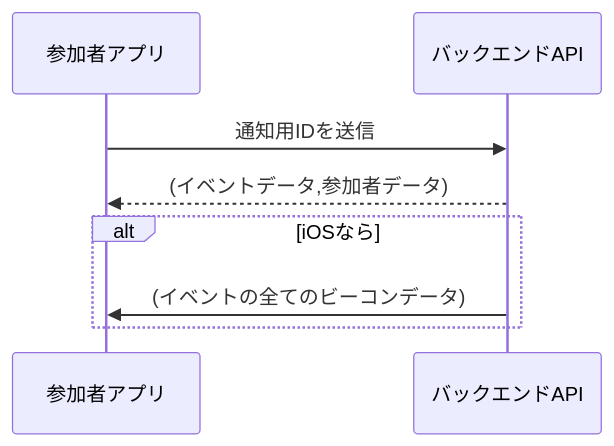
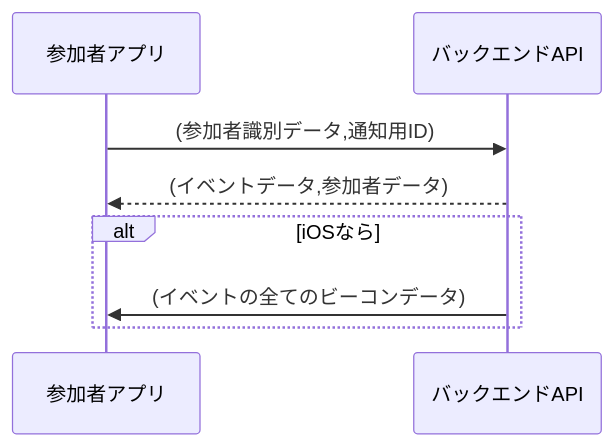
One commit to after-school-garbage-squad/repaint-architecture changed the second of 9 diagrams in docs/sequence/mobile.md. Above: the diagram before and after it, drawn with Mermaid. The commit also changed 1 other file, not shown here.

````diff
--- a/docs/sequence/mobile.md
+++ b/docs/sequence/mobile.md
@@ -21,11 +21,11 @@
 ```mermaid
 sequenceDiagram
     participant app as 参加者アプリ
     participant back as バックエンドAPI
-    app ->> back: 通知用IDを送信
+    app ->> back: (参加者識別データ,通知用ID)
     back -->> app: (イベントデータ,参加者データ)
     alt iOSなら
         back ->> app: (イベントの全てのビーコンデータ)
     end
     
 ```
````
